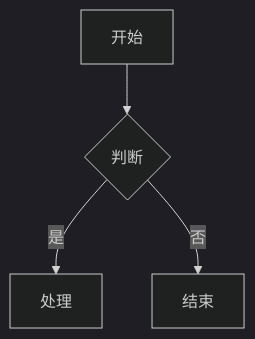
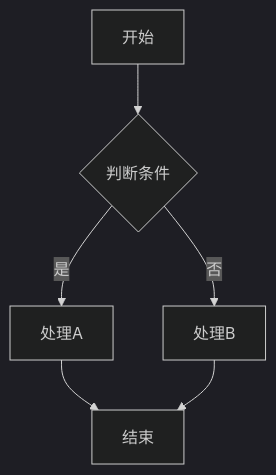
Before and after one commit to onshinpei/ds-markdown-mermaid-plugin: the first of 6 diagrams in README.md, drawn with Mermaid (dark theme). The commit also changed other lines of this file, not shown here.

````diff
--- a/README.md
+++ b/README.md
@@ -237,6 +104,8 @@
 ```mermaid
 graph TD
-  A[开始] --> B{判断}
-  B -->|是| C[处理]
-  B -->|否| D[结束]
+    A[开始] --> B{判断条件}
+    B -->|是| C[处理A]
+    B -->|否| D[处理B]
+    C --> E[结束]
+    D --> E
 ```
````
